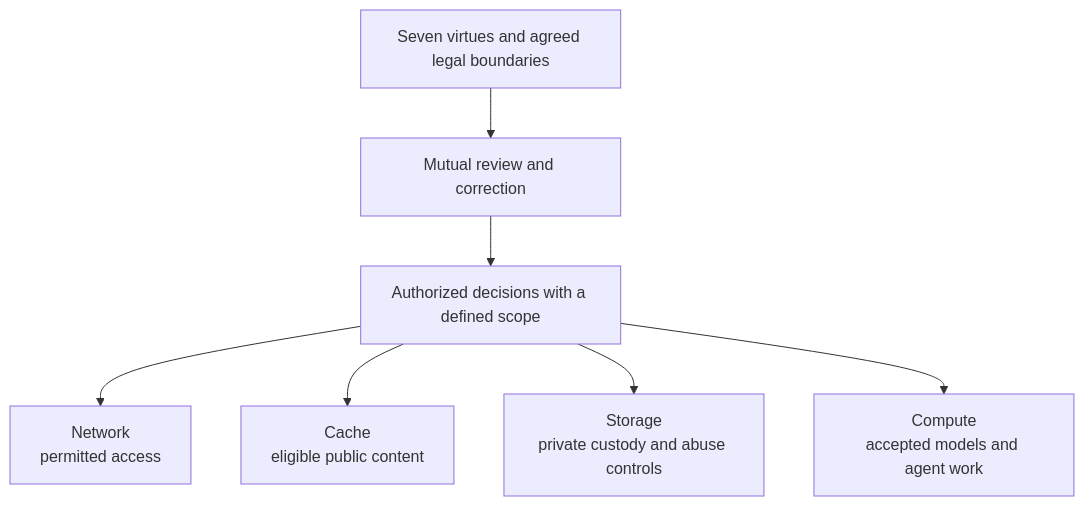
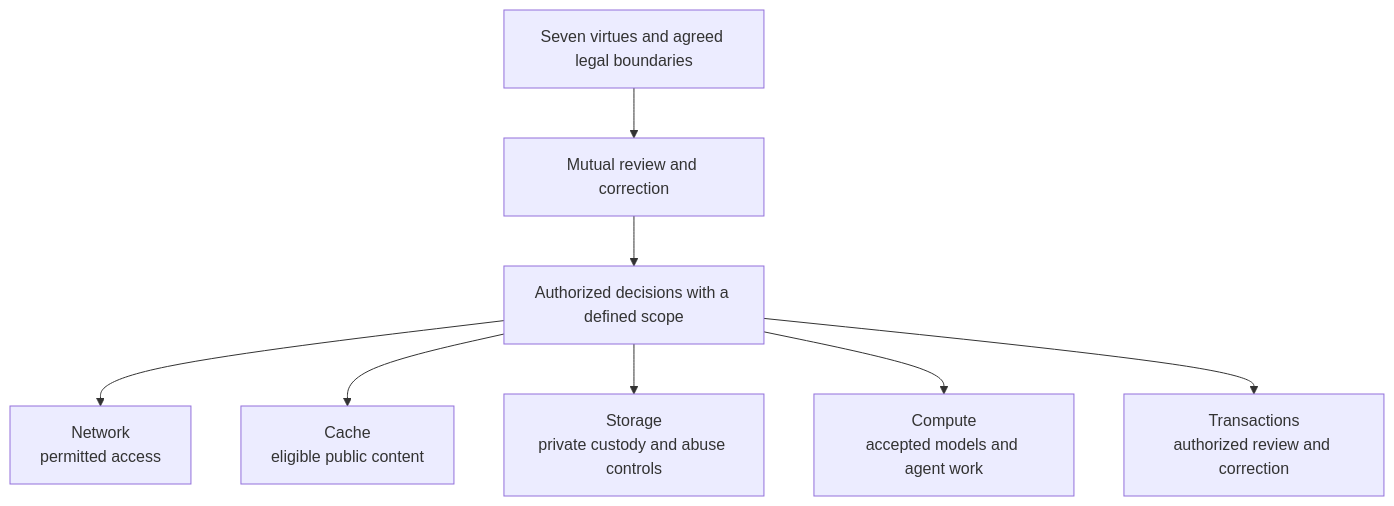
One commit to Sinkleberg/volparossa changed the third of 3 diagrams in README.md. Above: the diagram before and after it, drawn with Mermaid. The commit also changed other lines of this file, not shown here.

````diff
--- a/README.md
+++ b/README.md
@@ -333,9 +357,10 @@
 ```mermaid
 flowchart TB
     V["Seven virtues and agreed legal boundaries"] --> R["Mutual review and correction"]
     R --> D["Authorized decisions with a defined scope"]
     D --> N["Network<br/>permitted access"]
     D --> C["Cache<br/>eligible public content"]
     D --> S["Storage<br/>private custody and abuse controls"]
     D --> A["Compute<br/>accepted models and agent work"]
+    D --> T["Transactions<br/>authorized review and correction"]
 ```
````
